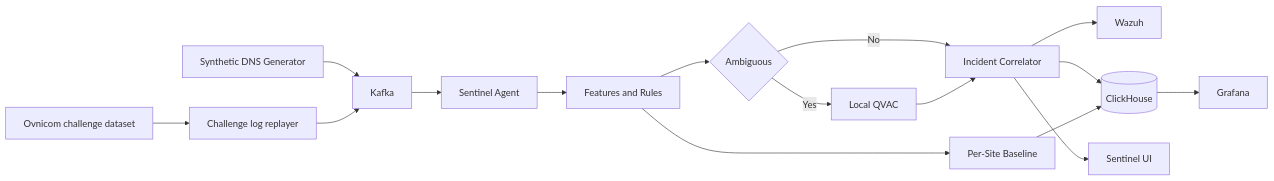
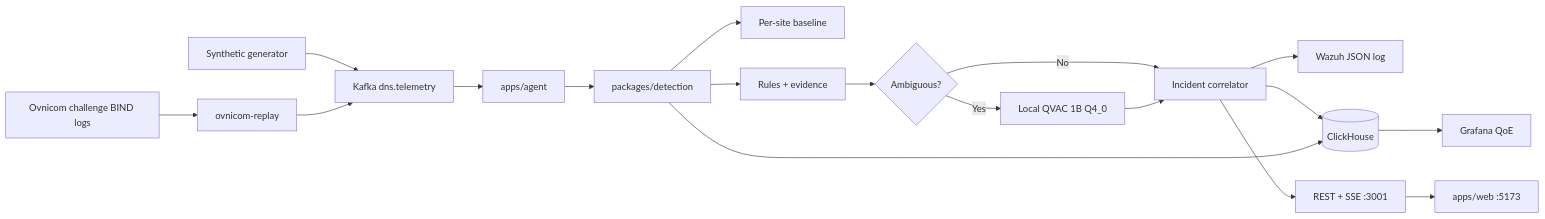
Before and after one commit to Sentinel-Adaptive/sentinel-adaptive: the diagram in README.md, drawn with Mermaid. The commit also changed other lines of this file, not shown here.

````diff
--- a/README.md
+++ b/README.md
@@ -29,18 +75,20 @@
 ```mermaid
 flowchart LR
-    Ovnicom[Ovnicom challenge dataset] --> Replay[Challenge log replayer]
-    Generator[Synthetic DNS Generator] --> Kafka[Kafka]
+    Ovnicom[Ovnicom challenge BIND logs] --> Replay[ovnicom-replay]
+    Generator[Synthetic generator] --> Kafka[Kafka dns.telemetry]
     Replay --> Kafka
-    Kafka --> Agent[Sentinel Agent]
-    Agent --> Detection[Features and Rules]
-    Detection --> Baseline[Per-Site Baseline]
-    Detection --> Router{Ambiguous}
-    Router -->|Yes| QVAC[Local QVAC]
-    Router -->|No| Incidents[Incident Correlator]
-    QVAC --> Incidents
-    Incidents --> Wazuh[Wazuh]
-    Incidents --> ClickHouse[(ClickHouse)]
-    Baseline --> ClickHouse
-    ClickHouse --> Grafana[Grafana]
-    Incidents --> UI[Sentinel UI]
+    Kafka --> Agent[apps/agent]
+    Agent --> Detection[packages/detection]
+    Detection --> Baseline[Per-site baseline]
+    Detection --> Rules[Rules + evidence]
+    Rules --> Router{Ambiguous?}
+    Router -->|Yes| QVAC[Local QVAC 1B Q4_0]
+    Router -->|No| Correlator[Incident correlator]
+    QVAC --> Correlator
+    Correlator --> Wazuh[Wazuh JSON log]
+    Correlator --> CH[(ClickHouse)]
+    Detection --> CH
+    CH --> Grafana[Grafana QoE]
+    Correlator --> API[REST + SSE :3001]
+    API --> Web[apps/web :5173]
 ```
````
